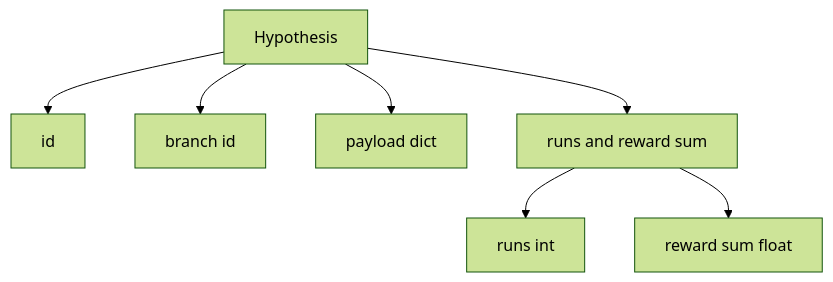
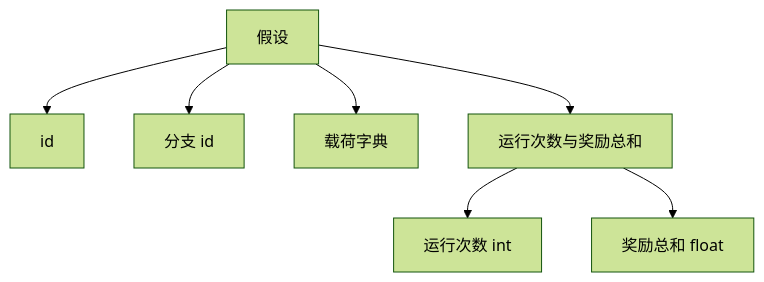
One commit to alessandrodinisio-ai/ai-engineering-learning-framework changed the second of 3 diagrams in phases/19-capstone-projects/56-iteration-scheduler/docs/zh.md. Above: the diagram before and after it, drawn with Mermaid (forest theme). The commit also changed other lines of this file and 120 other files, not shown here.

First line of the commit message:
i18n(mermaid): 337 个 mermaid 图表标签中文化

````diff
--- a/phases/19-capstone-projects/56-iteration-scheduler/docs/zh.md
+++ b/phases/19-capstone-projects/56-iteration-scheduler/docs/zh.md
@@ -44,9 +44,9 @@
 ```mermaid
 flowchart TB
-    Hyp[Hypothesis] --> Id[id]
-    Hyp --> Branch[branch id]
-    Hyp --> Payload[payload dict]
-    Hyp --> Stats[runs and reward sum]
-    Stats --> Runs[runs int]
-    Stats --> Sum[reward sum float]
+    Hyp[假设] --> Id[id]
+    Hyp --> Branch[分支 id]
+    Hyp --> Payload[载荷字典]
+    Hyp --> Stats[运行次数与奖励总和]
+    Stats --> Runs[运行次数 int]
+    Stats --> Sum[奖励总和 float]
 ```
````
